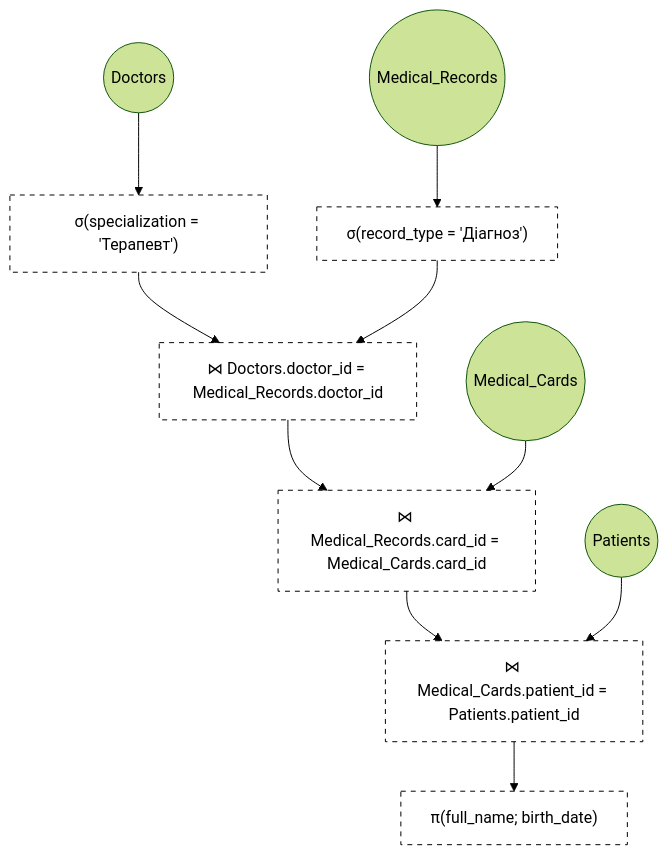
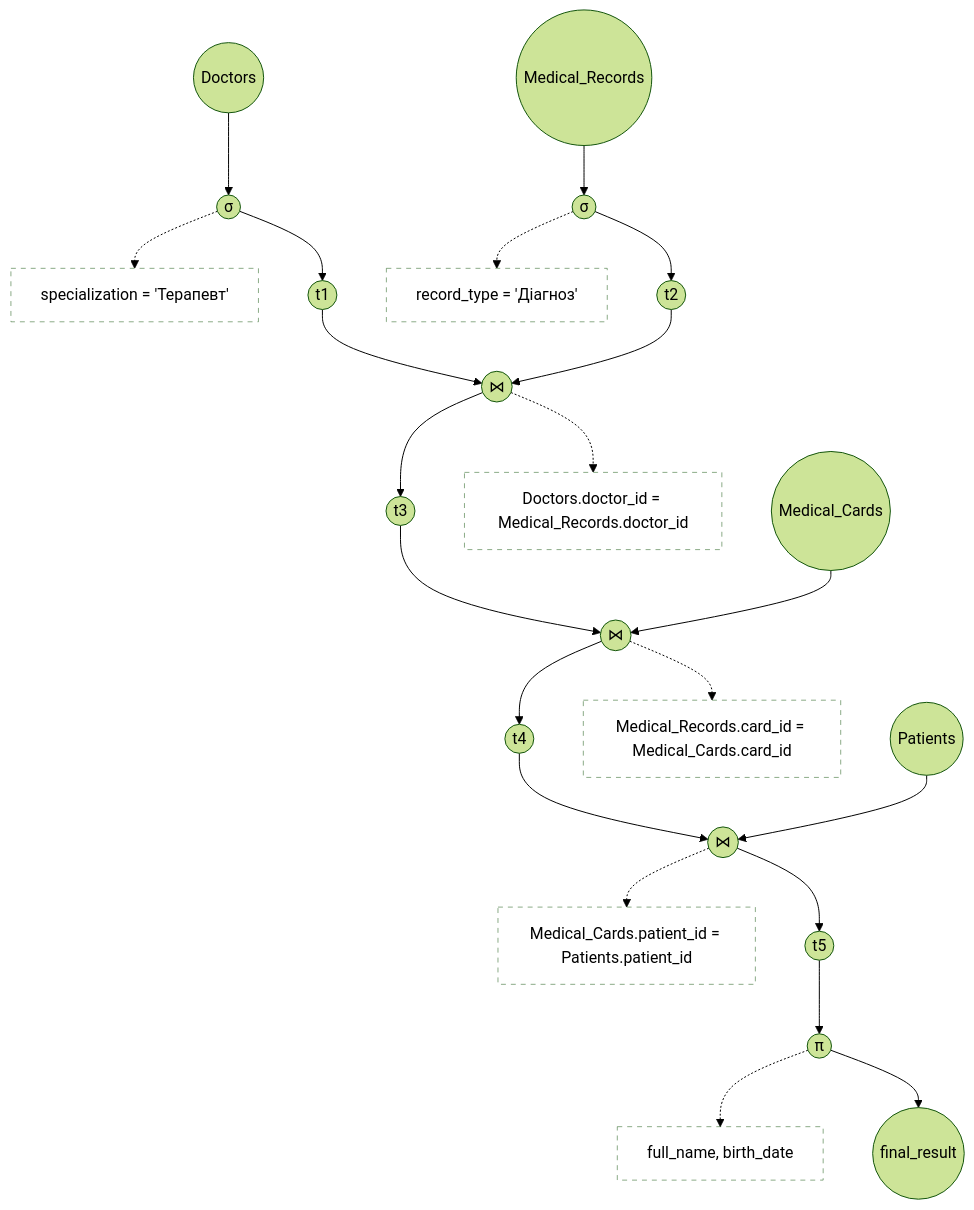
Before and after one commit to maksimsq/test-sw: the diagram in DB-CW-3/RelTree.md, drawn with Mermaid (forest theme).

Commit message:
Revise Mermaid diagram for medical data flow
Updated the Mermaid diagram to include new filtering and joining operations for doctors, medical records, and patients.

````diff
--- a/DB-CW-3/RelTree.md
+++ b/DB-CW-3/RelTree.md
@@ -1,43 +1,44 @@
 ```mermaid
 graph TD
-    %% Джерела (таблиці) — оформлені як овали
-    Patients((Patients))
-    Doctors((Doctors))
-    Medical_Records((Medical_Records))
-    Medical_Cards((Medical_Cards))
+    %% Стиль для вузлів-умов (пунктирний прямокутник без заливки)
+    classDef operation stroke-dasharray:5 5,stroke-width:0.5px,fill:none
 
-    %% Операції - прямокутники (пунктирні, без заливки)
-    S1["σ(specialization = 'Терапевт')"]
-    S2["σ(record_type = 'Діагноз')"]
+    %% Вхідні таблиці
+    doctors_tbl((Doctors))
+    med_records_tbl((Medical_Records))
+    med_cards_tbl((Medical_Cards))
+    patients_tbl((Patients))
 
-    %% З'єднання (в кілька кроків — в сумі три таблиці з'єднуються)
-    J1["⋈ Doctors.doctor_id = Medical_Records.doctor_id"]
-    J2["⋈ Medical_Records.card_id = Medical_Cards.card_id"]
-    J3["⋈ Medical_Cards.patient_id = Patients.patient_id"]
+    %% Гілка 1: Фільтрація лікарів за спеціалізацією
+    doctors_tbl --> op1((σ))
+    op1 -.-> cond1["specialization = 'Терапевт'"]:::operation
+    op1 --> t1((t1))
 
-    %% Операція проекції (дві колонки з однієї таблиці — запис коментарем на окремому рядку)
-    P["π(full_name; birth_date)"]
-    %% дві колонки з однієї таблиці (Patients)
+    %% Гілка 2: Фільтрація медичних записів за типом
+    med_records_tbl --> op2((σ))
+    op2 -.-> cond2["record_type = 'Діагноз'"]:::operation
+    op2 --> t2((t2))
 
-    %% Потік операцій
-    Doctors --> S1
-    Medical_Records --> S2
+    %% Перше з'єднання: відфільтровані лікарі та їх записи-діагнози
+    t1 --> op3((⋈))
+    t2 --> op3
+    op3 -.-> cond3["Doctors.doctor_id = Medical_Records.doctor_id"]:::operation
+    op3 --> t3((t3))
 
-    S1 --> J1
-    S2 --> J1
+    %% Друге з'єднання: результат з медичними картками
+    t3 --> op4((⋈))
+    med_cards_tbl --> op4
+    op4 -.-> cond4["Medical_Records.card_id = Medical_Cards.card_id"]:::operation
+    op4 --> t4((t4))
 
-    J1 --> J2
-    Medical_Cards --> J2
+    %% Третє з'єднання: результат з пацієнтами
+    t4 --> op5((⋈))
+    patients_tbl --> op5
+    op5 -.-> cond5["Medical_Cards.patient_id = Patients.patient_id"]:::operation
+    op5 --> t5((t5))
 
-    J2 --> J3
-    Patients --> J3
-
-    J3 --> P
-
-    %% Присвоюємо клас операціям (щоб стилізувати)
-    class S1,S2,J1,J2,J3,P op;
-
-    %% Стиль: пунктирна обводка, без заповнення
-    classDef op stroke:#000,stroke-width:1px,fill:none,stroke-dasharray:5 5;
-
+    %% Фінальна проекція: отримання ПІБ та дати народження пацієнтів
+    t5 --> op6((π))
+    op6 -.-> cond6["full_name, birth_date"]:::operation
+    op6 --> result((final_result))
 ```
````
